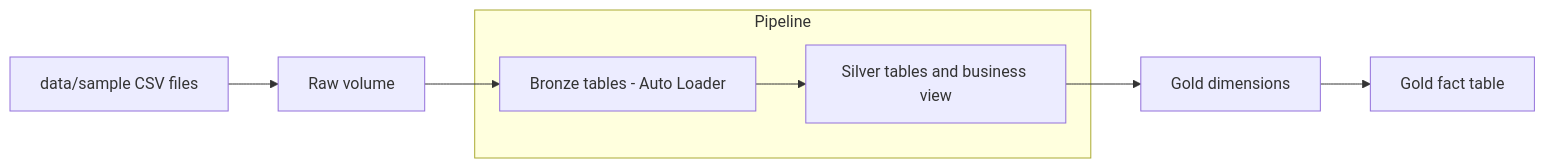
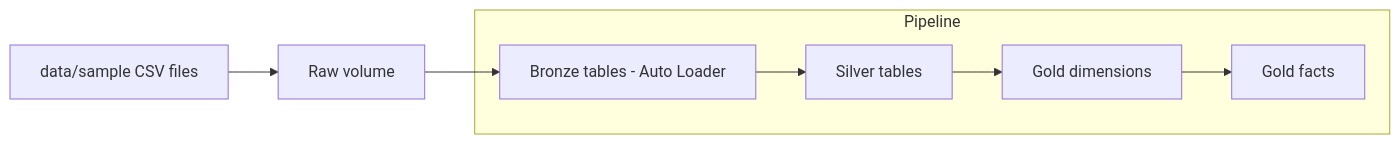
The diagram in README.md (GueldonR/air_lake), drawn with Mermaid before and after one commit. The commit also changed other lines of this file and 7 other files, not shown here.

Commit message:
refactor: replace gold job with star schema in pipeline (#4)

````diff
--- a/README.md
+++ b/README.md
@@ -65,10 +64,10 @@
 ```mermaid
 flowchart LR
     CSV[data/sample CSV files] --> RAW[Raw volume]
     subgraph PIPE[Pipeline]
-        BRONZE[Bronze tables - Auto Loader] --> TABLES[Silver tables and business view]
+        BRONZE[Bronze tables - Auto Loader] --> SILVER[Silver tables]
+        SILVER --> DIMS[Gold dimensions]
+        DIMS --> FACTS[Gold facts]
     end
     RAW --> BRONZE
-    TABLES --> DIMS[Gold dimensions]
-    DIMS --> FACT[Gold fact table]
 ```
````
